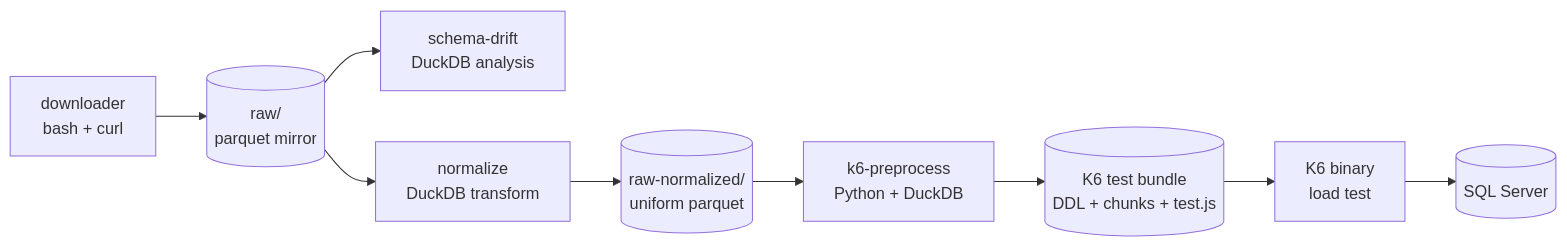
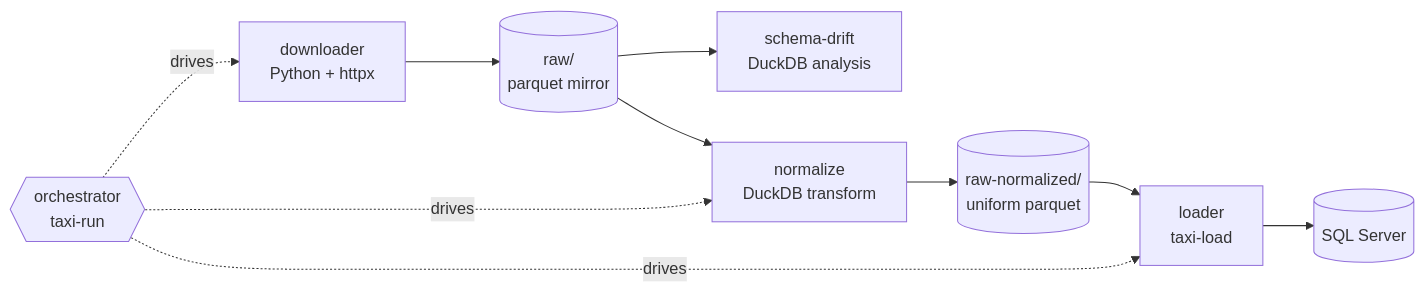
The diagram in docs/architecture.md (andrekamman/taxi-seed), drawn with Mermaid before and after one commit. The commit also changed other lines of this file and 1 other file, not shown here.

First line of the commit message:
docs: rewrite architecture and cookbook for current tool set

````diff
--- a/docs/architecture.md
+++ b/docs/architecture.md
@@ -57,21 +63,22 @@
 ```mermaid
 flowchart LR
-  DL[downloader<br/>bash + curl]
+  DL[downloader<br/>Python + httpx]
   RAW[(raw/<br/>parquet mirror)]
   SD[schema-drift<br/>DuckDB analysis]
   NORM[normalize<br/>DuckDB transform]
   RN[(raw-normalized/<br/>uniform parquet)]
-  K6[k6-preprocess<br/>Python + DuckDB]
-  BUNDLE[(K6 test bundle<br/>DDL + chunks + test.js)]
-  LOAD[K6 binary<br/>load test]
+  LOAD[loader<br/>taxi-load]
   SQL[(SQL Server)]
 
   DL --> RAW
   RAW --> SD
   RAW --> NORM
   NORM --> RN
-  RN --> K6
-  K6 --> BUNDLE
-  BUNDLE --> LOAD
+  RN --> LOAD
   LOAD --> SQL
+
+  RUN{{orchestrator<br/>taxi-run}}
+  RUN -.drives.-> DL
+  RUN -.drives.-> NORM
+  RUN -.drives.-> LOAD
 ```
````
